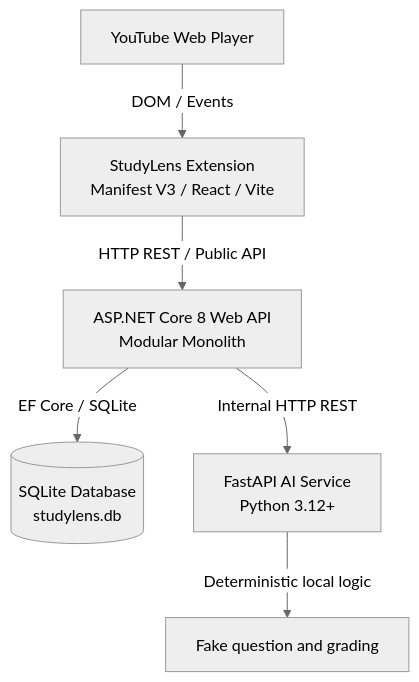
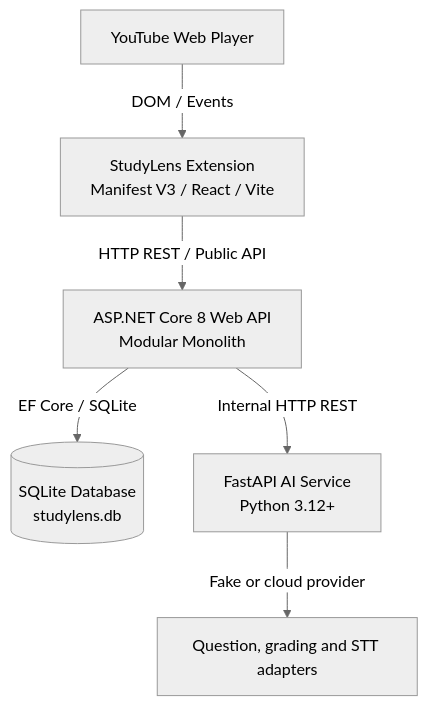
The first of 2 diagrams in docs/architecture/README.md (tungnguyen1208/StudylensAI), drawn with Mermaid (neutral theme) before and after one commit. The commit also changed other lines of this file and 140 other files, not shown here.

````diff
--- a/docs/architecture/README.md
+++ b/docs/architecture/README.md
@@ -15,8 +15,8 @@
 ```mermaid
 flowchart TD
     YT[YouTube Web Player] -->|DOM / Events| EXT[StudyLens Extension<br/>Manifest V3 / React / Vite]
     EXT -->|HTTP REST / Public API| API[ASP.NET Core 8 Web API<br/>Modular Monolith]
     API -->|EF Core / SQLite| DB[(SQLite Database<br/>studylens.db)]
     API -->|Internal HTTP REST| AI[FastAPI AI Service<br/>Python 3.12+]
-    AI -->|Deterministic local logic| FAKE[Fake question and grading]
+    AI -->|Fake or cloud provider| FAKE[Question, grading and STT adapters]
 ```
````
